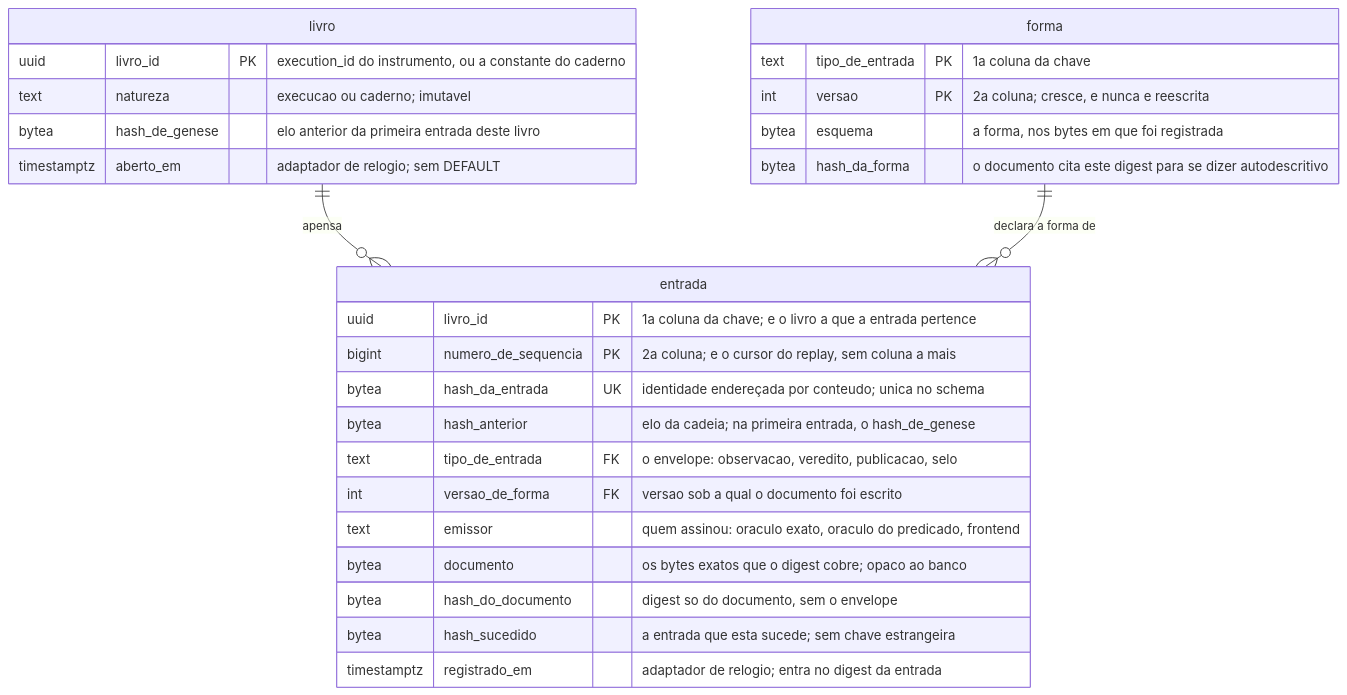
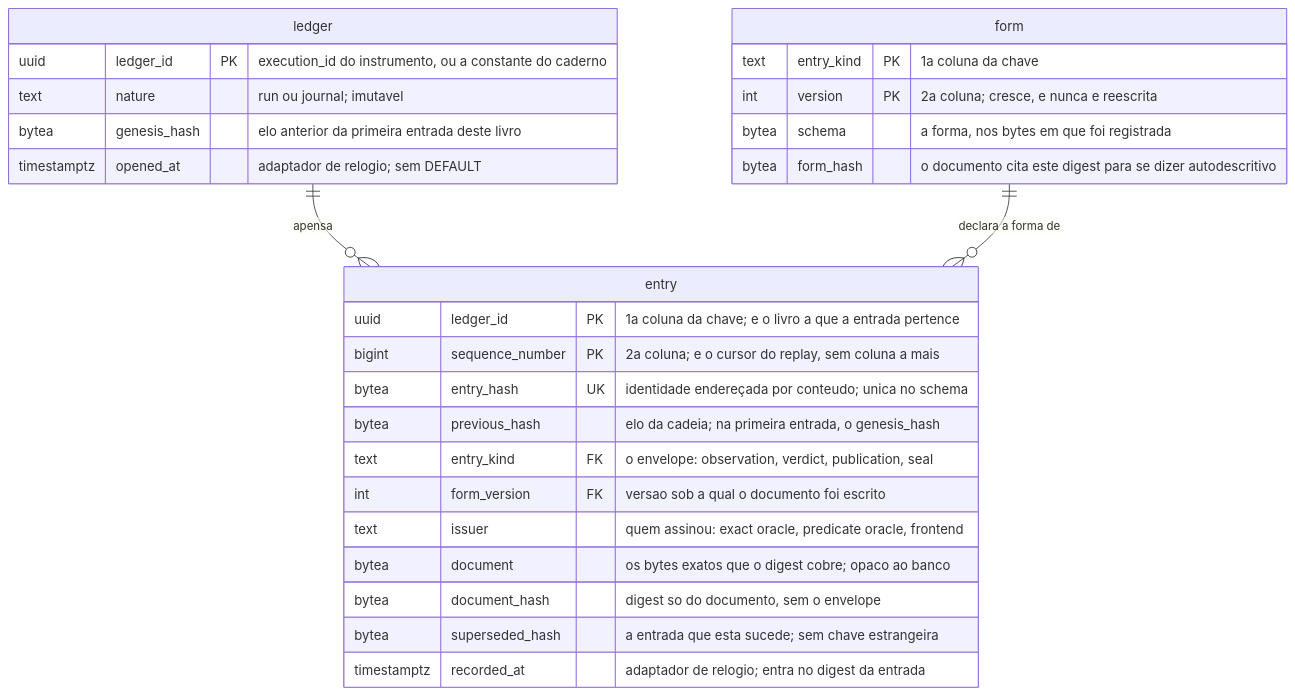
One commit to da0hn/distributed-systems-experiment-lab changed the first of 2 diagrams in docs/propostas/modelo-de-dados/lab-journal/proposta-2-livro-razao-enderecado-por-conteudo.md. Above: the diagram before and after it, drawn with Mermaid. The commit also changed other lines of this file and 8 other files, not shown here.

````diff
--- a/docs/propostas/modelo-de-dados/lab-journal/proposta-2-livro-razao-enderecado-por-conteudo.md
+++ b/docs/propostas/modelo-de-dados/lab-journal/proposta-2-livro-razao-enderecado-por-conteudo.md
@@ -51,30 +51,30 @@
 ```mermaid
 erDiagram
-    livro ||--o{ entrada : "apensa"
-    forma ||--o{ entrada : "declara a forma de"
-    livro {
-        uuid livro_id PK "execution_id do instrumento, ou a constante do caderno"
-        text natureza "execucao ou caderno; imutavel"
-        bytea hash_de_genese "elo anterior da primeira entrada deste livro"
-        timestamptz aberto_em "adaptador de relogio; sem DEFAULT"
+    ledger ||--o{ entry : "apensa"
+    form ||--o{ entry : "declara a forma de"
+    ledger {
+        uuid ledger_id PK "execution_id do instrumento, ou a constante do caderno"
+        text nature "run ou journal; imutavel"
+        bytea genesis_hash "elo anterior da primeira entrada deste livro"
+        timestamptz opened_at "adaptador de relogio; sem DEFAULT"
     }
-    entrada {
-        uuid livro_id PK "1a coluna da chave; e o livro a que a entrada pertence"
-        bigint numero_de_sequencia PK "2a coluna; e o cursor do replay, sem coluna a mais"
-        bytea hash_da_entrada UK "identidade endereçada por conteudo; unica no schema"
-        bytea hash_anterior "elo da cadeia; na primeira entrada, o hash_de_genese"
-        text tipo_de_entrada FK "o envelope: observacao, veredito, publicacao, selo"
-        int versao_de_forma FK "versao sob a qual o documento foi escrito"
-        text emissor "quem assinou: oraculo exato, oraculo do predicado, frontend"
-        bytea documento "os bytes exatos que o digest cobre; opaco ao banco"
-        bytea hash_do_documento "digest so do documento, sem o envelope"
-        bytea hash_sucedido "a entrada que esta sucede; sem chave estrangeira"
-        timestamptz registrado_em "adaptador de relogio; entra no digest da entrada"
+    entry {
+        uuid ledger_id PK "1a coluna da chave; e o livro a que a entrada pertence"
+        bigint sequence_number PK "2a coluna; e o cursor do replay, sem coluna a mais"
+        bytea entry_hash UK "identidade endereçada por conteudo; unica no schema"
+        bytea previous_hash "elo da cadeia; na primeira entrada, o genesis_hash"
+        text entry_kind FK "o envelope: observation, verdict, publication, seal"
+        int form_version FK "versao sob a qual o documento foi escrito"
+        text issuer "quem assinou: exact oracle, predicate oracle, frontend"
+        bytea document "os bytes exatos que o digest cobre; opaco ao banco"
+        bytea document_hash "digest so do documento, sem o envelope"
+        bytea superseded_hash "a entrada que esta sucede; sem chave estrangeira"
+        timestamptz recorded_at "adaptador de relogio; entra no digest da entrada"
     }
-    forma {
-        text tipo_de_entrada PK "1a coluna da chave"
-        int versao PK "2a coluna; cresce, e nunca e reescrita"
-        bytea esquema "a forma, nos bytes em que foi registrada"
-        bytea hash_da_forma "o documento cita este digest para se dizer autodescritivo"
+    form {
+        text entry_kind PK "1a coluna da chave"
+        int version PK "2a coluna; cresce, e nunca e reescrita"
+        bytea schema "a forma, nos bytes em que foi registrada"
+        bytea form_hash "o documento cita este digest para se dizer autodescritivo"
     }
 ```
````
